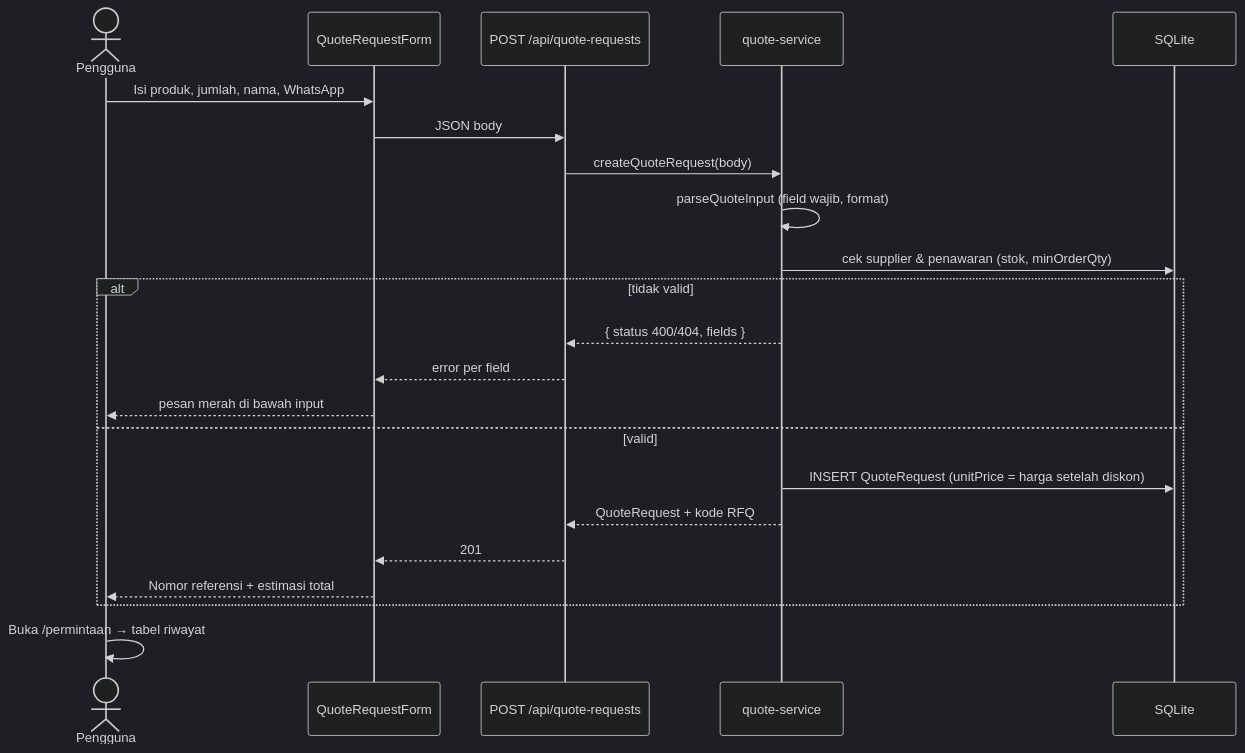
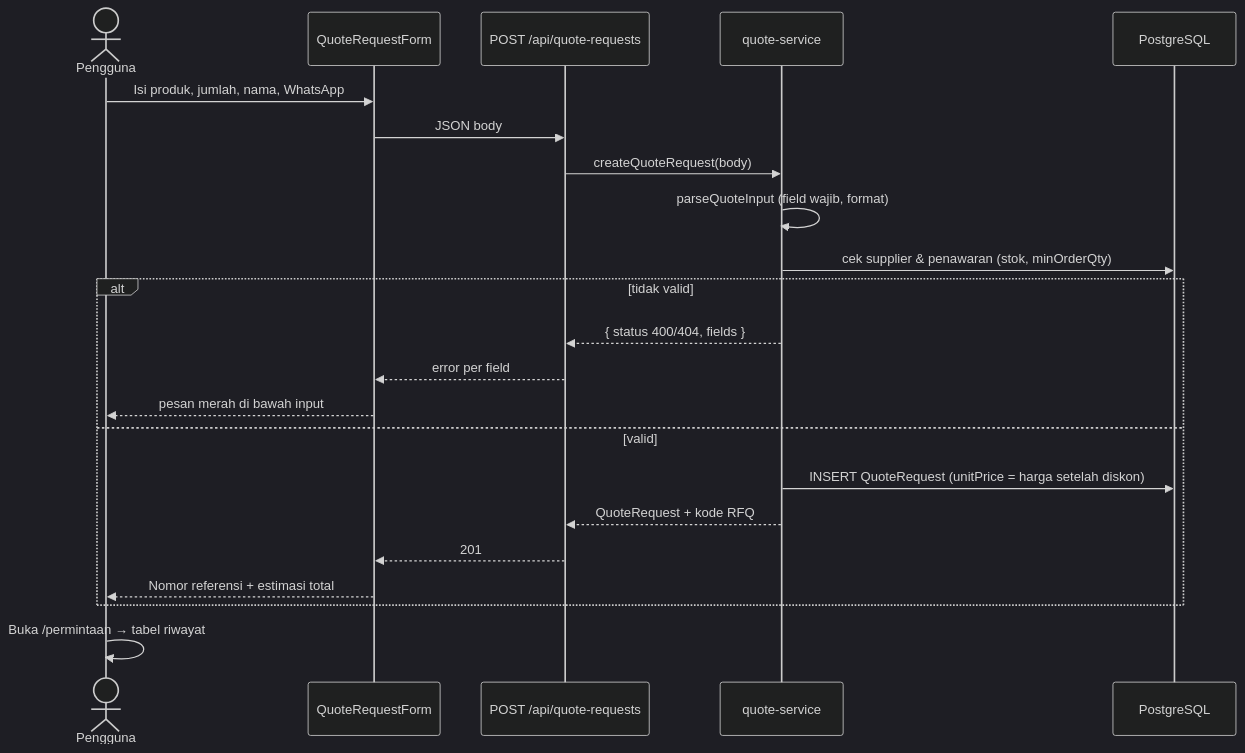
One commit to athifk0712/Rpl-app changed the fourth of 4 diagrams in ARCHITECTURE.md. Above: the diagram before and after it, drawn with Mermaid (dark theme). The commit also changed other lines of this file and 9 other files, not shown here.

````diff
--- a/ARCHITECTURE.md
+++ b/ARCHITECTURE.md
@@ -256,25 +258,25 @@
 ```mermaid
 sequenceDiagram
   actor U as Pengguna
   participant F as QuoteRequestForm
   participant A as POST /api/quote-requests
   participant Q as quote-service
-  participant D as SQLite
+  participant D as PostgreSQL
 
   U->>F: Isi produk, jumlah, nama, WhatsApp
   F->>A: JSON body
   A->>Q: createQuoteRequest(body)
   Q->>Q: parseQuoteInput (field wajib, format)
   Q->>D: cek supplier & penawaran (stok, minOrderQty)
   alt tidak valid
     Q-->>A: { status 400/404, fields }
     A-->>F: error per field
     F-->>U: pesan merah di bawah input
   else valid
     Q->>D: INSERT QuoteRequest (unitPrice = harga setelah diskon)
     Q-->>A: QuoteRequest + kode RFQ
     A-->>F: 201
     F-->>U: Nomor referensi + estimasi total
   end
   U->>U: Buka /permintaan → tabel riwayat
 ```
````
